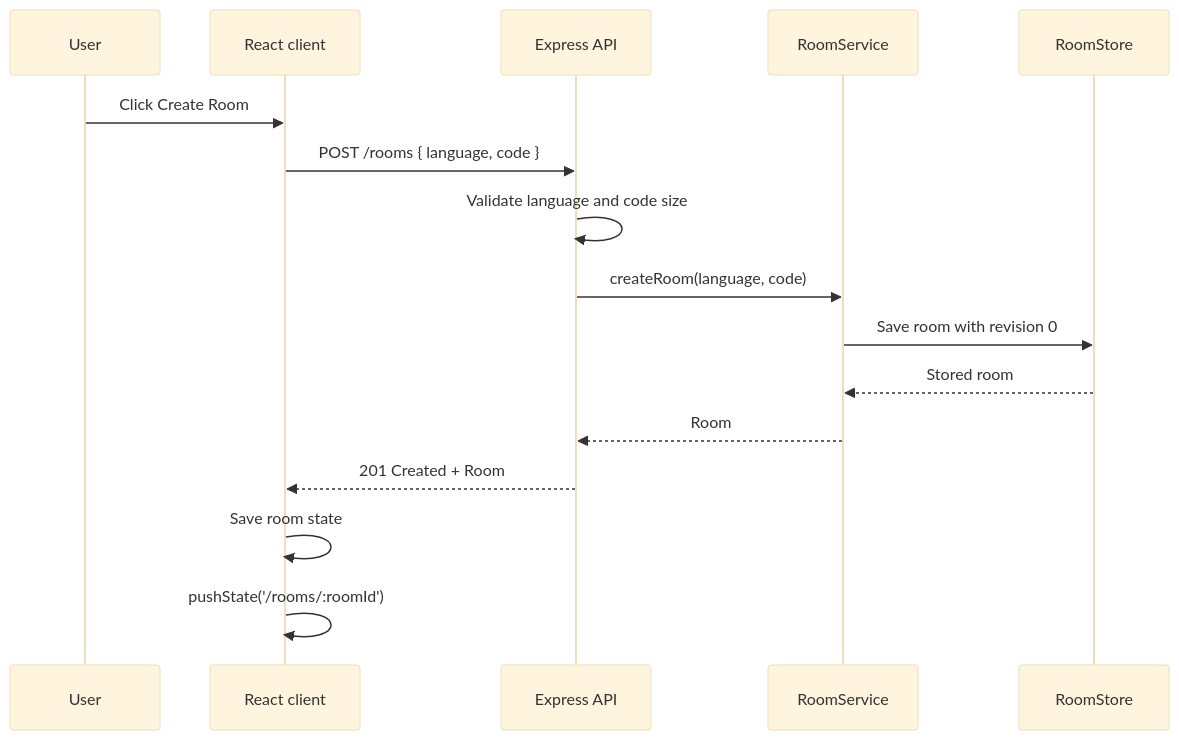
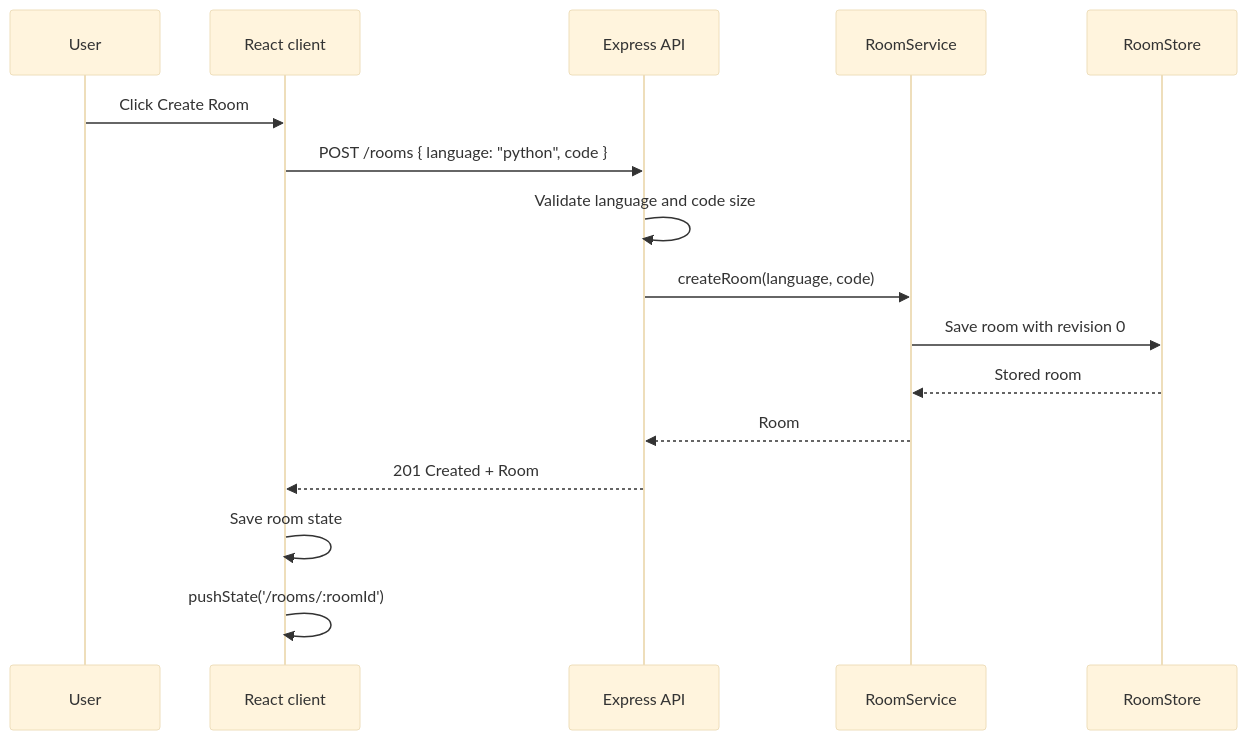
One commit to Amit-Mahato54322/code-together changed the second of 5 diagrams in README.md. Above: the diagram before and after it, drawn with Mermaid (base theme). The commit also changed other lines of this file and 10 other files, not shown here.

````diff
--- a/README.md
+++ b/README.md
@@ -174,19 +177,19 @@
 ```mermaid
 sequenceDiagram
     participant U as User
     participant C as React client
     participant H as Express API
     participant S as RoomService
     participant R as RoomStore
 
     U->>C: Click Create Room
-    C->>H: POST /rooms { language, code }
+    C->>H: POST /rooms { language: "python", code }
     H->>H: Validate language and code size
     H->>S: createRoom(language, code)
     S->>R: Save room with revision 0
     R-->>S: Stored room
     S-->>H: Room
     H-->>C: 201 Created + Room
     C->>C: Save room state
     C->>C: pushState('/rooms/:roomId')
 ```
````
